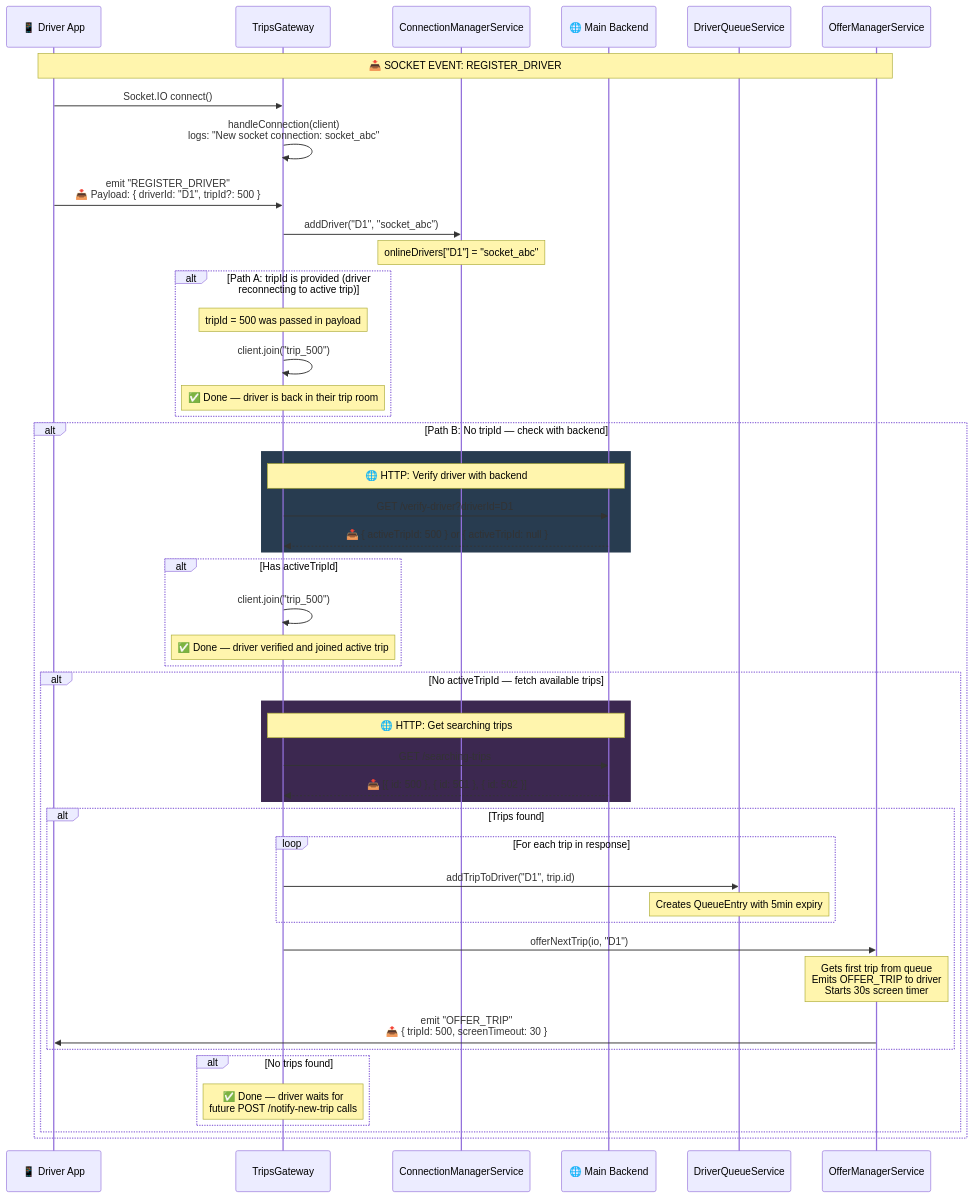
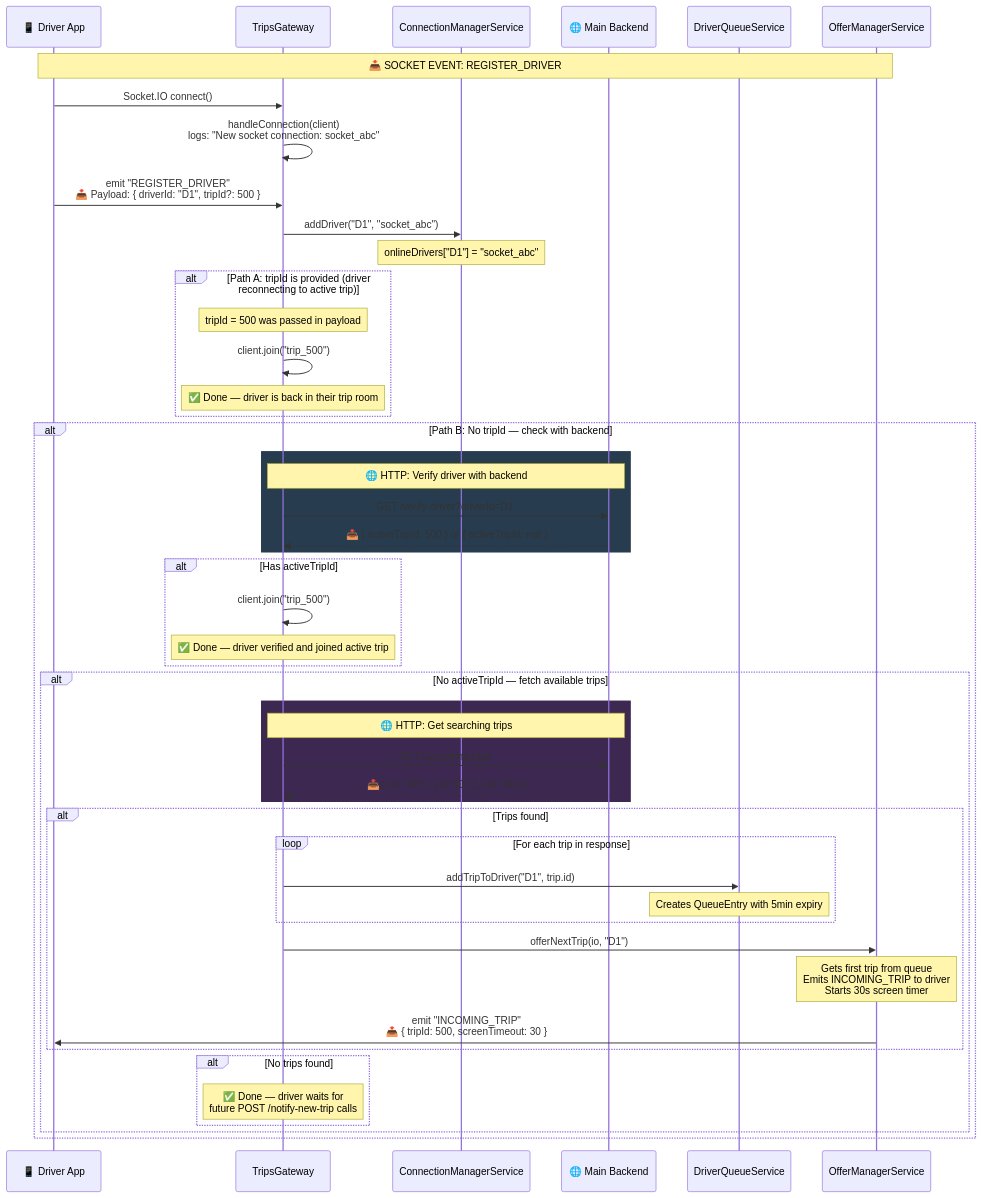
Before and after one commit to rahul-shaw18/loadgo-nestjs-server: the seventh of 21 diagrams in DOCUMENTATION.md, drawn with Mermaid. The commit also changed other lines of this file and 4 other files, not shown here.

Commit message:
feat: implement TripsGateway and OfferManagerService to handle real-time trip assignment and socket event synchronization

````diff
--- a/DOCUMENTATION.md
+++ b/DOCUMENTATION.md
@@ -351,60 +351,60 @@
 ```mermaid
 sequenceDiagram
     participant D as 📱 Driver App
     participant GW as TripsGateway
     participant CM as ConnectionManagerService
     participant BE as 🌐 Main Backend
     participant DQ as DriverQueueService
     participant OM as OfferManagerService
 
     Note over D,OM: 📥 SOCKET EVENT: REGISTER_DRIVER
 
     D->>GW: Socket.IO connect()
     GW->>GW: handleConnection(client)<br/>logs: "New socket connection: socket_abc"
 
     D->>GW: emit "REGISTER_DRIVER"<br/>📥 Payload: { driverId: "D1", tripId?: 500 }
 
     GW->>CM: addDriver("D1", "socket_abc")
     Note over CM: onlineDrivers["D1"] = "socket_abc"
 
     alt Path A: tripId is provided (driver reconnecting to active trip)
         Note over GW: tripId = 500 was passed in payload
         GW->>GW: client.join("trip_500")
         Note over GW: ✅ Done — driver is back in their trip room
     end
 
     alt Path B: No tripId — check with backend
         rect rgb(40, 60, 80)
             Note over GW,BE: 🌐 HTTP: Verify driver with backend
             GW->>BE: GET /verify-driver?driverId=D1
             BE-->>GW: 📥 { activeTripId: 500 } or { activeTripId: null }
         end
 
         alt Has activeTripId
             GW->>GW: client.join("trip_500")
             Note over GW: ✅ Done — driver verified and joined active trip
         end
 
         alt No activeTripId — fetch available trips
             rect rgb(60, 40, 80)
                 Note over GW,BE: 🌐 HTTP: Get searching trips
                 GW->>BE: GET /searching-trips
                 BE-->>GW: 📥 [{ id: 500 }, { id: 501 }, { id: 502 }]
             end
 
             alt Trips found
                 loop For each trip in response
                     GW->>DQ: addTripToDriver("D1", trip.id)
                     Note over DQ: Creates QueueEntry with 5min expiry
                 end
                 GW->>OM: offerNextTrip(io, "D1")
-                Note over OM: Gets first trip from queue<br/>Emits OFFER_TRIP to driver<br/>Starts 30s screen timer
-                OM->>D: emit "OFFER_TRIP"<br/>📤 { tripId: 500, screenTimeout: 30 }
+                Note over OM: Gets first trip from queue<br/>Emits INCOMING_TRIP to driver<br/>Starts 30s screen timer
+                OM->>D: emit "INCOMING_TRIP"<br/>📤 { tripId: 500, screenTimeout: 30 }
             end
 
             alt No trips found
                 Note over GW: ✅ Done — driver waits for<br/>future POST /notify-new-trip calls
             end
         end
     end
 ```
````
